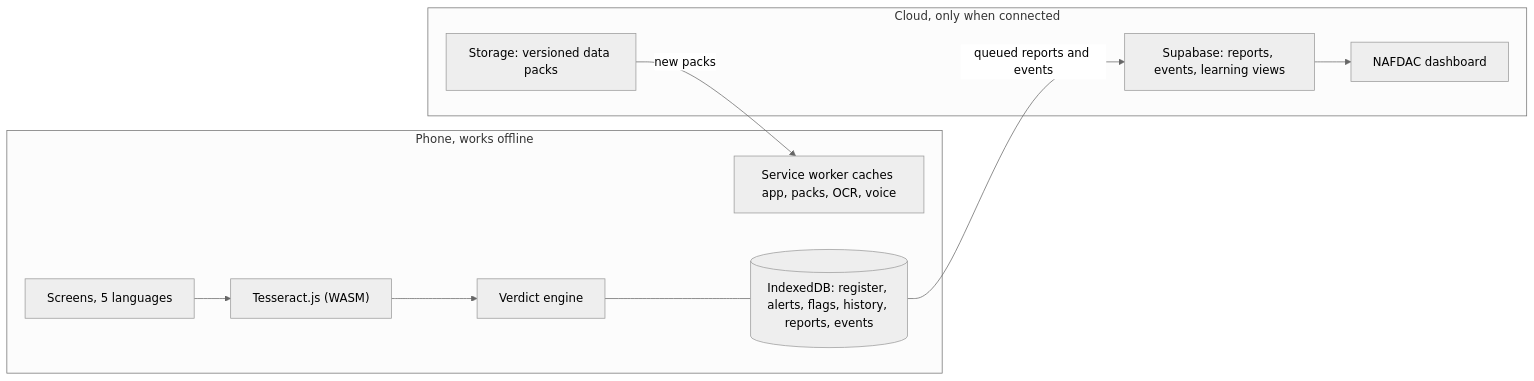
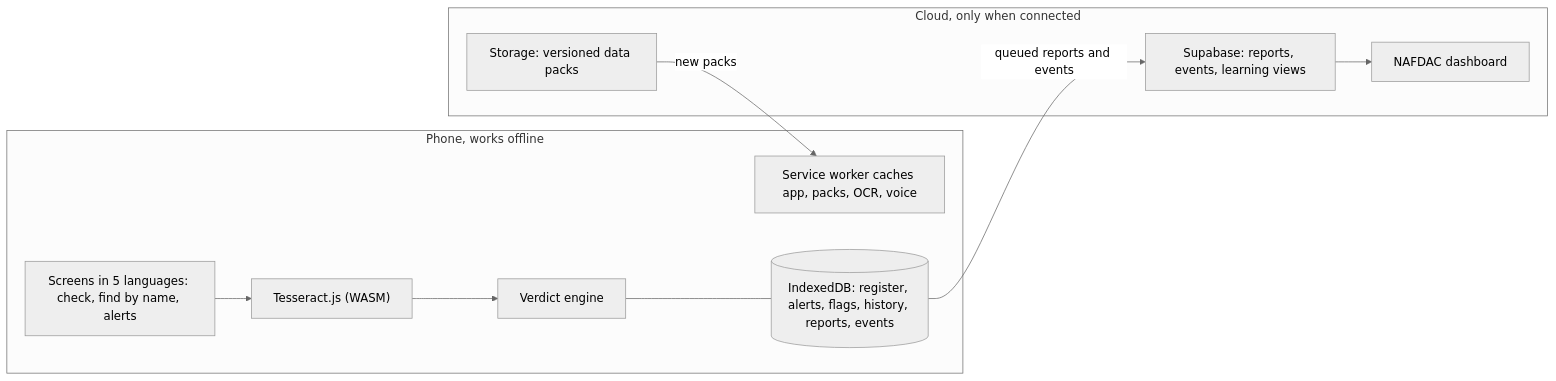
The diagram in README.md (Fluffy-SHIBAINU/dawacheck), drawn with Mermaid (neutral theme) before and after one commit. The commit also changed other lines of this file and 5 other files, not shown here.

````diff
--- a/README.md
+++ b/README.md
@@ -55,14 +74,14 @@
 ```mermaid
 flowchart LR
   subgraph Phone["Phone, works offline"]
-    UI["Screens, 5 languages"] --> OCR["Tesseract.js (WASM)"] --> V["Verdict engine"]
+    UI["Screens in 5 languages: check, find by name, alerts"] --> OCR["Tesseract.js (WASM)"] --> V["Verdict engine"]
     V --- DB[("IndexedDB: register, alerts, flags, history, reports, events")]
     SW["Service worker caches app, packs, OCR, voice"]
   end
   subgraph Cloud["Cloud, only when connected"]
     API["Supabase: reports, events, learning views"] --> DASH["NAFDAC dashboard"]
     ST["Storage: versioned data packs"]
   end
   DB -->|queued reports and events| API
   ST -->|new packs| SW
 ```
````
